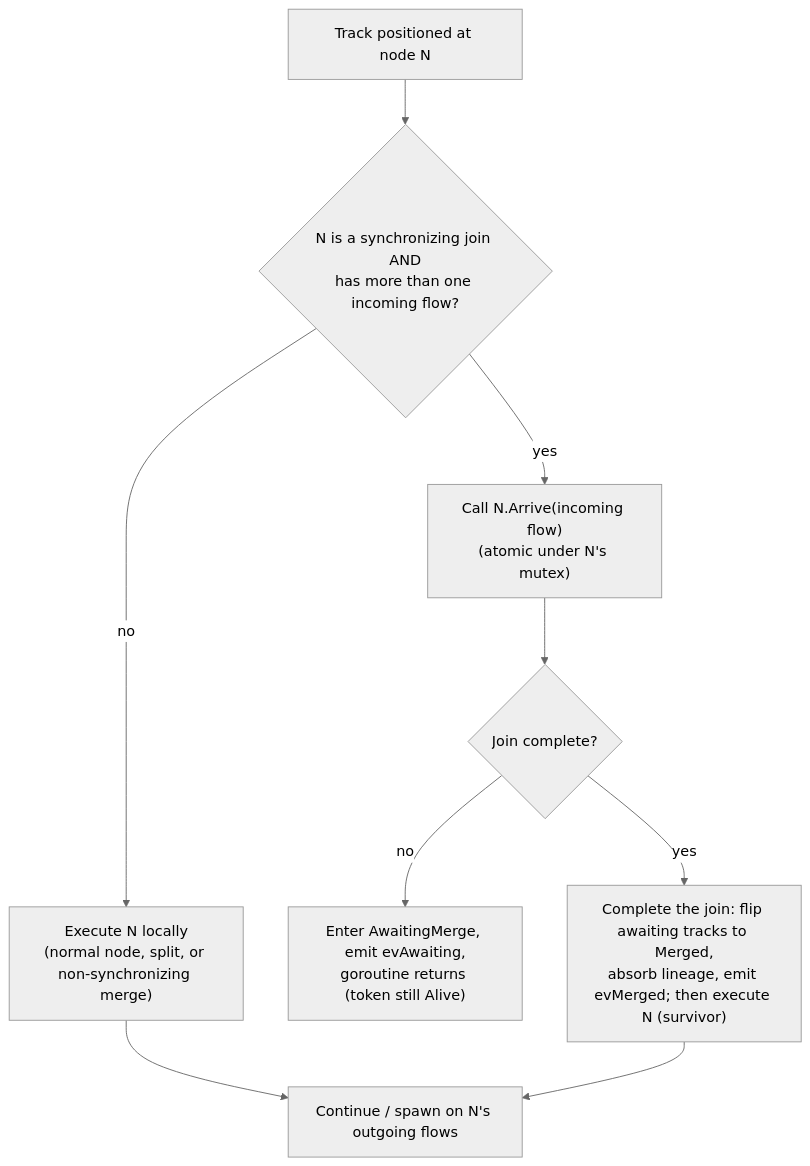
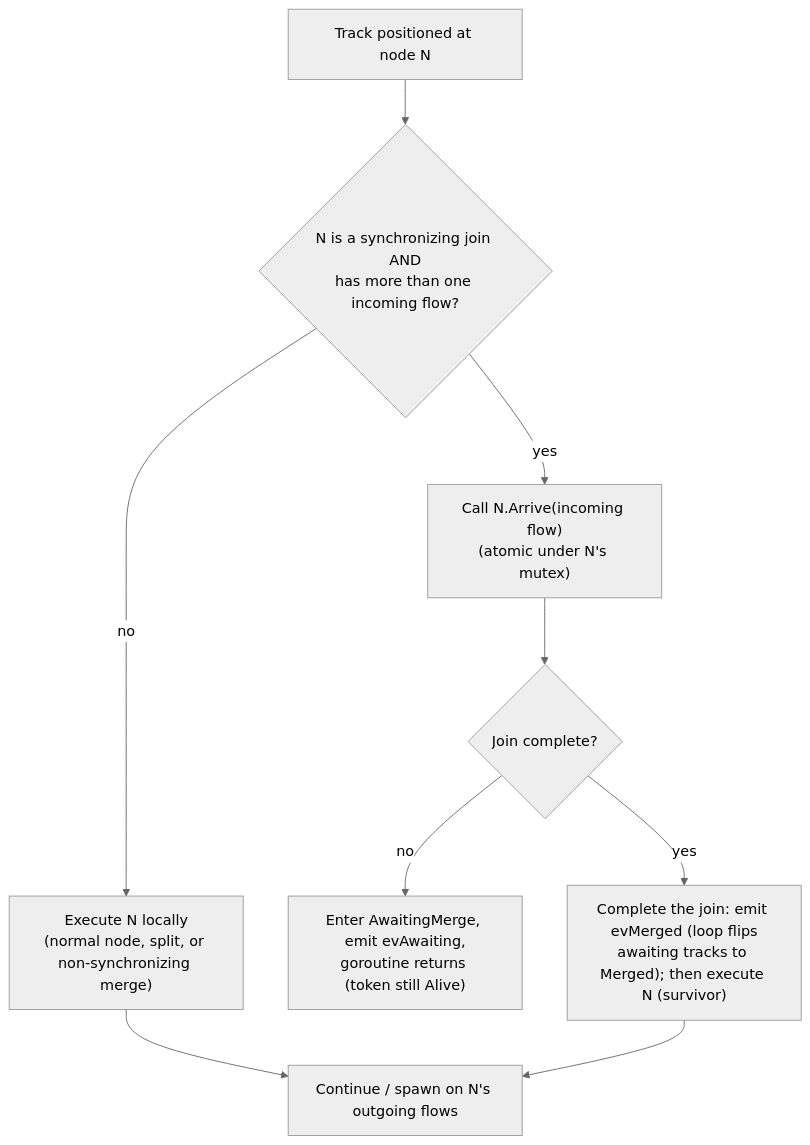
One commit to dr-dobermann/gobpm changed the first of 3 diagrams in docs/design/ADR-005-gateways-and-joins.md. Above: the diagram before and after it, drawn with Mermaid (neutral theme). The commit also changed other lines of this file and 11 other files, not shown here.

````diff
--- a/docs/design/ADR-005-gateways-and-joins.md
+++ b/docs/design/ADR-005-gateways-and-joins.md
@@ -187,11 +195,11 @@
 ```mermaid
 flowchart TD
     A[Track positioned at node N] --> B{"N is a synchronizing join AND<br/>has more than one incoming flow?"}
     B -- no --> C["Execute N locally<br/>(normal node, split, or non-synchronizing merge)"]
     B -- yes --> E["Call N.Arrive(incoming flow)<br/>(atomic under N's mutex)"]
     E --> F{Join complete?}
     F -- no --> G["Enter AwaitingMerge, emit evAwaiting,<br/>goroutine returns (token still Alive)"]
-    F -- yes --> H["Complete the join: flip awaiting tracks to Merged,<br/>absorb lineage, emit evMerged; then execute N (survivor)"]
+    F -- yes --> H["Complete the join: emit evMerged (loop flips<br/>awaiting tracks to Merged); then execute N (survivor)"]
     C --> D[Continue / spawn on N's outgoing flows]
     H --> D
 ```
````
